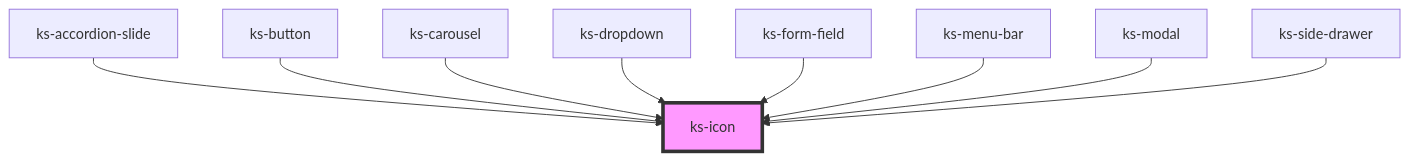
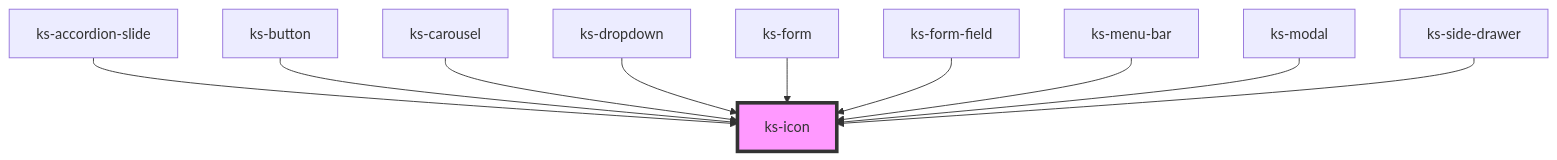
The diagram in src/scripts/components/icon/readme.md (kickstand-ui/kickstand-ui), drawn with Mermaid before and after one commit. The commit also changed other lines of this file and 7 other files, not shown here.

````diff
--- a/src/scripts/components/icon/readme.md
+++ b/src/scripts/components/icon/readme.md
@@ -30,12 +31,13 @@
 ```mermaid
 graph TD;
   ks-accordion-slide --> ks-icon
   ks-button --> ks-icon
   ks-carousel --> ks-icon
   ks-dropdown --> ks-icon
+  ks-form --> ks-icon
   ks-form-field --> ks-icon
   ks-menu-bar --> ks-icon
   ks-modal --> ks-icon
   ks-side-drawer --> ks-icon
   style ks-icon fill:#f9f,stroke:#333,stroke-width:4px
 ```
````
